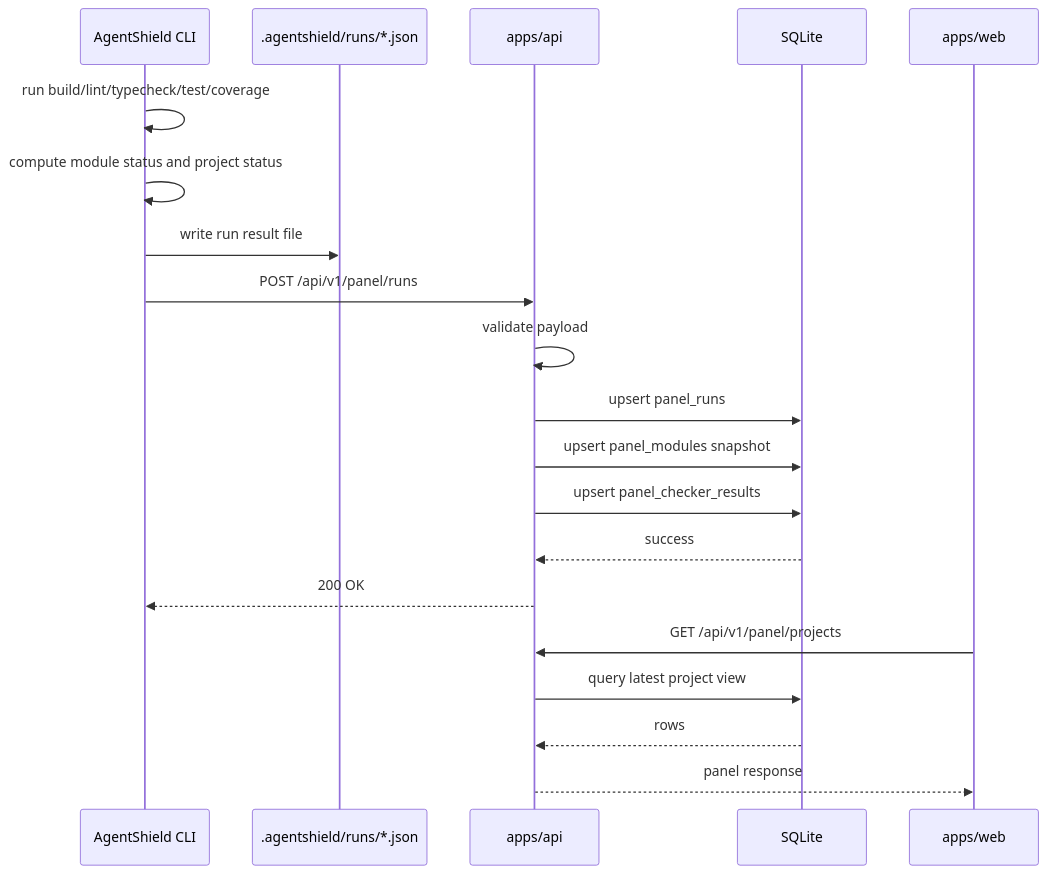
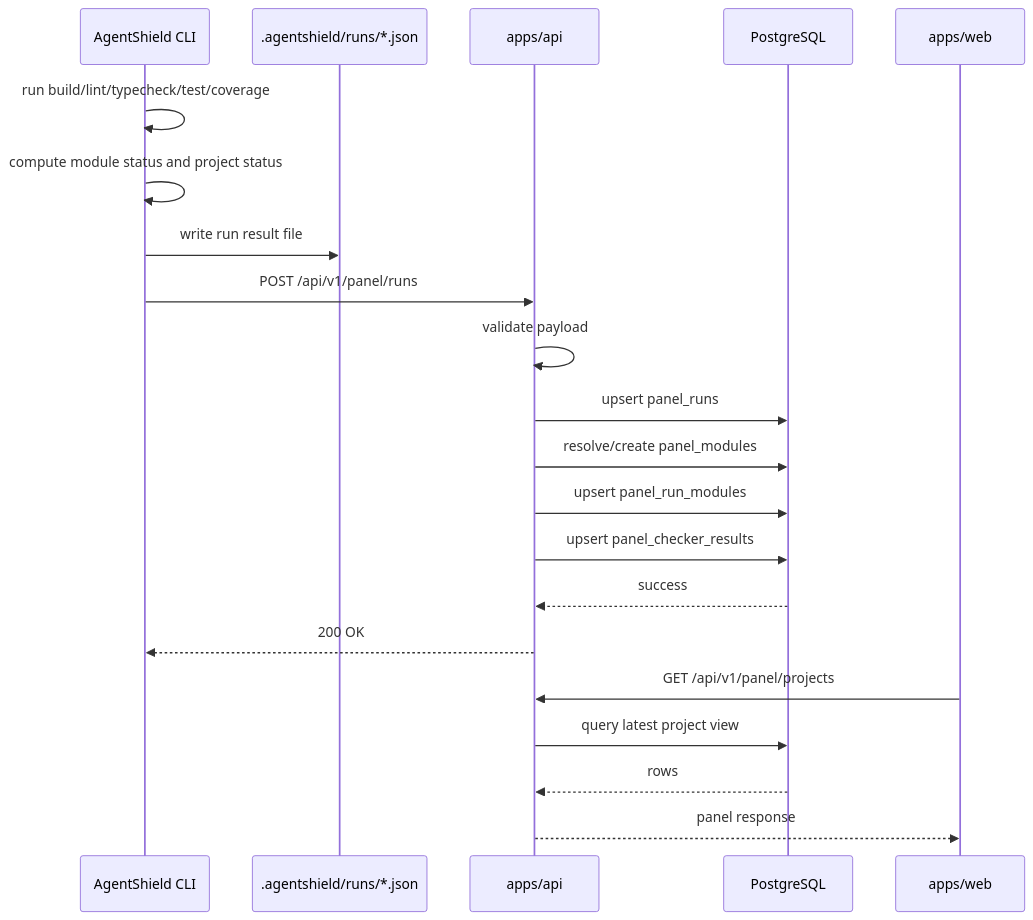
The third of 3 diagrams in docs/architecture/AgentShield-Week1-Panel-Detailed-Technical-Solution.md (tomo-inc/agent-shield-monorepo), drawn with Mermaid before and after one commit. The commit also changed other lines of this file and 47 other files, not shown here.

Commit message:
Add panel API implementation and keep Chinese docs local only

````diff
--- a/docs/architecture/AgentShield-Week1-Panel-Detailed-Technical-Solution.md
+++ b/docs/architecture/AgentShield-Week1-Panel-Detailed-Technical-Solution.md
@@ -790,23 +819,24 @@
 ```mermaid
 sequenceDiagram
     participant CLI as AgentShield CLI
     participant Files as .agentshield/runs/*.json
     participant API as apps/api
-    participant DB as SQLite
+    participant DB as PostgreSQL
     participant WEB as apps/web
 
     CLI->>CLI: run build/lint/typecheck/test/coverage
     CLI->>CLI: compute module status and project status
     CLI->>Files: write run result file
     CLI->>API: POST /api/v1/panel/runs
     API->>API: validate payload
     API->>DB: upsert panel_runs
-    API->>DB: upsert panel_modules snapshot
+    API->>DB: resolve/create panel_modules
+    API->>DB: upsert panel_run_modules
     API->>DB: upsert panel_checker_results
     DB-->>API: success
     API-->>CLI: 200 OK
     WEB->>API: GET /api/v1/panel/projects
     API->>DB: query latest project view
     DB-->>API: rows
     API-->>WEB: panel response
 ```
````
